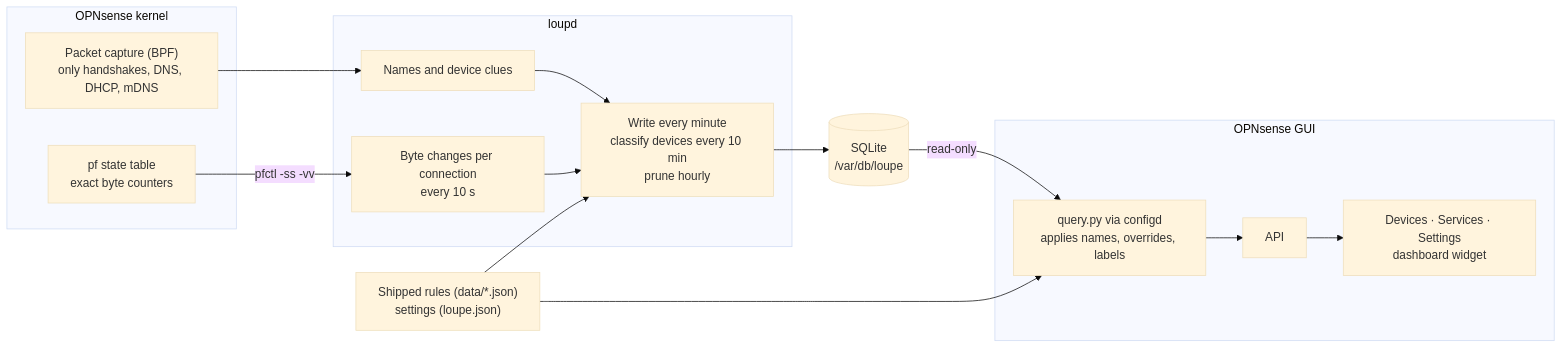
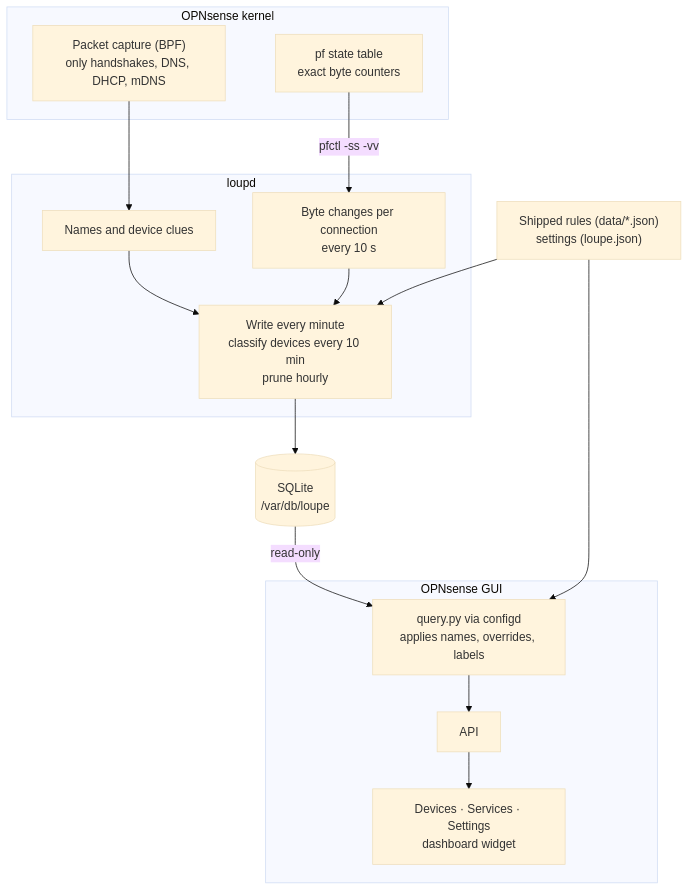
Before and after one commit to alokdhir/os-loupe: the diagram in docs/DESIGN.md, drawn with Mermaid (base theme).

Commit message:
DESIGN.md: diagram top to bottom so it fits the page without zooming

````diff
--- a/docs/DESIGN.md
+++ b/docs/DESIGN.md
@@ -13,25 +13,25 @@
 ```mermaid
-flowchart LR
+flowchart TB
     subgraph kernel["OPNsense kernel"]
         bpf["Packet capture (BPF)<br/>only handshakes, DNS, DHCP, mDNS"]
         pf["pf state table<br/>exact byte counters"]
     end
     subgraph daemon["loupd"]
         names["Names and device clues"]
         bytes["Byte changes per connection<br/>every 10 s"]
         flush["Write every minute<br/>classify devices every 10 min<br/>prune hourly"]
     end
     db[("SQLite<br/>/var/db/loupe")]
     data["Shipped rules (data/*.json)<br/>settings (loupe.json)"]
     subgraph gui["OPNsense GUI"]
         query["query.py via configd<br/>applies names, overrides, labels"]
         api["API"]
         pages["Devices · Services · Settings<br/>dashboard widget"]
     end
     bpf --> names --> flush
     pf -- "pfctl -ss -vv" --> bytes --> flush
     flush --> db
     db -- "read-only" --> query --> api --> pages
     data --> flush
     data --> query
 ```
````
